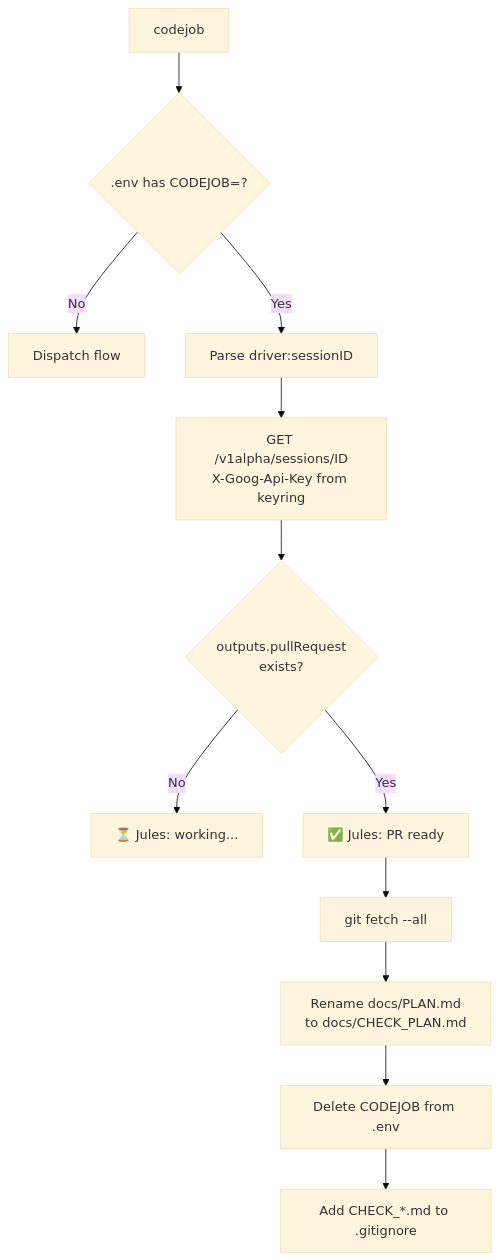
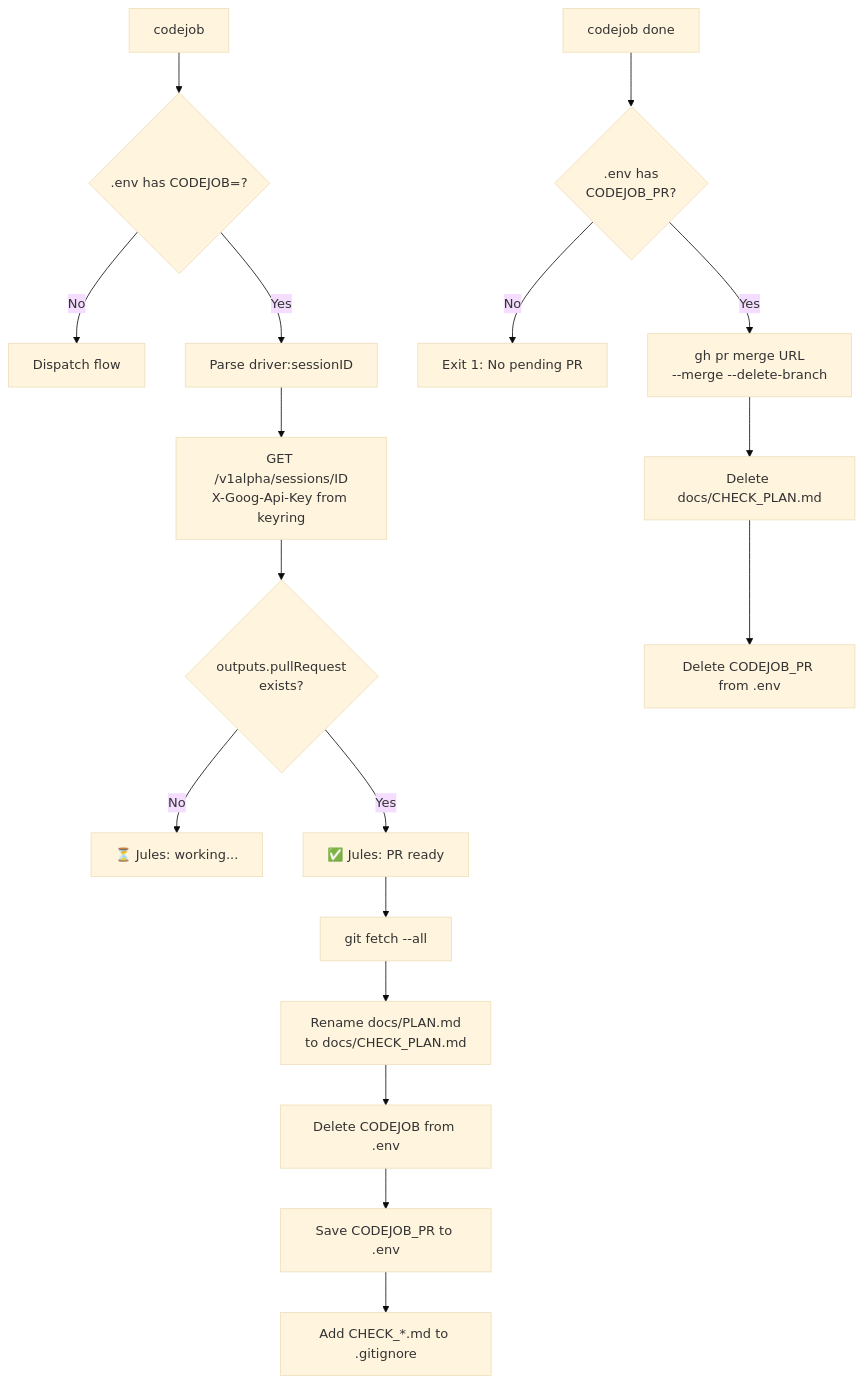
One commit to tinywasm/devflow changed the diagram in docs/codejob/diagrams/CODEJOB_STATE_FLOW.md. Above: the diagram before and after it, drawn with Mermaid (base theme). The commit also changed 7 other files, not shown here.

Commit message:
feat: add codejob done subcommand

````diff
--- a/docs/codejob/diagrams/CODEJOB_STATE_FLOW.md
+++ b/docs/codejob/diagrams/CODEJOB_STATE_FLOW.md
@@ -1,14 +1,21 @@
 ```mermaid
 flowchart TD
     A[codejob] --> B{.env has CODEJOB=?}
     B -->|No| C[Dispatch flow]
     B -->|Yes| D[Parse driver:sessionID]
     D --> E[GET /v1alpha/sessions/ID<br/>X-Goog-Api-Key from keyring]
     E --> F{outputs.pullRequest<br/>exists?}
     F -->|No| G[⏳ Jules: working...]
     F -->|Yes| H[✅ Jules: PR ready]
     H --> I[git fetch --all]
     I --> J[Rename docs/PLAN.md<br/>to docs/CHECK_PLAN.md]
     J --> K[Delete CODEJOB from .env]
-    K --> L[Add CHECK_*.md to .gitignore]
+    K --> L[Save CODEJOB_PR to .env]
+    L --> M[Add CHECK_*.md to .gitignore]
+
+    DONE[codejob done] --> PR_CHECK{.env has<br/>CODEJOB_PR?}
+    PR_CHECK -->|No| ERROR[Exit 1: No pending PR]
+    PR_CHECK -->|Yes| MERGE[gh pr merge URL<br/>--merge --delete-branch]
+    MERGE --> DELETE_CHECK[Delete docs/CHECK_PLAN.md]
+    DELETE_CHECK --> CLEAN_ENV[Delete CODEJOB_PR from .env]
 ```
````
